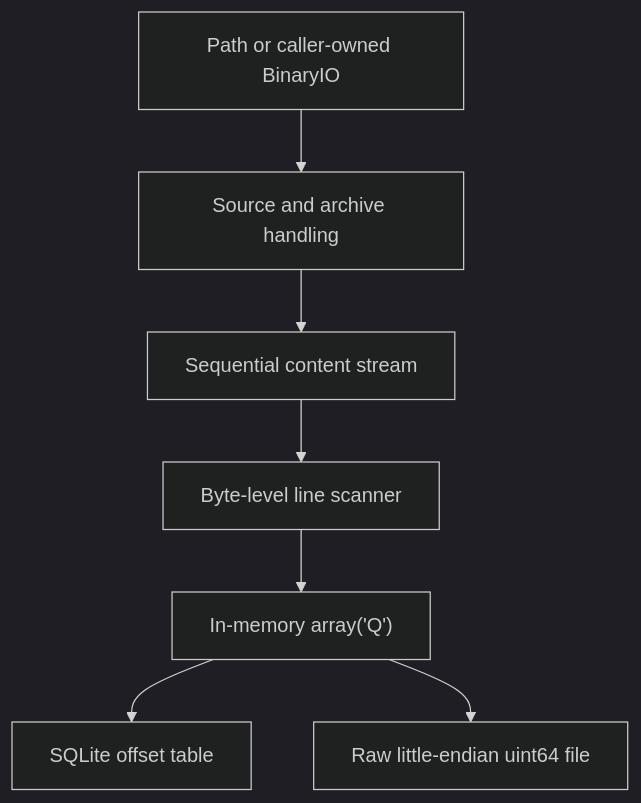
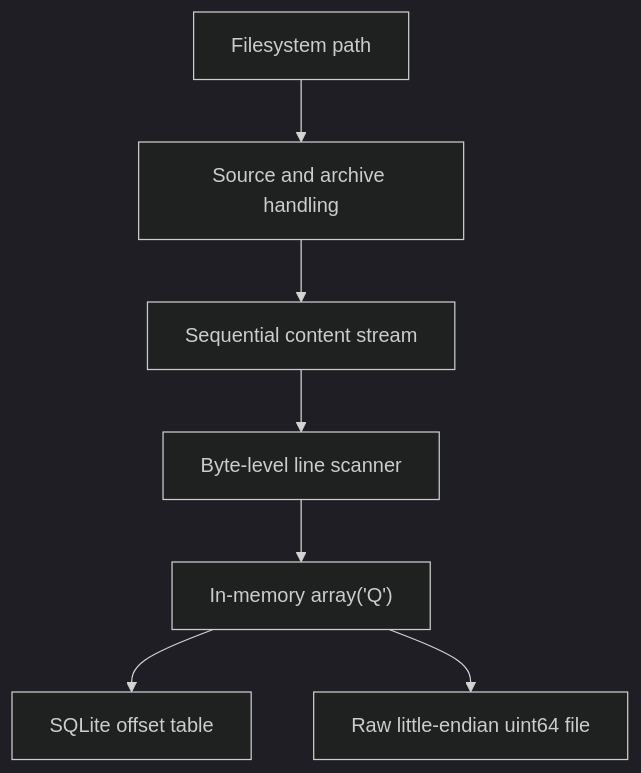
One commit to pchemguy/Archive-Line-Index changed the diagram in docs/architecture.md. Above: the diagram before and after it, drawn with Mermaid (dark theme). The commit also changed other lines of this file and 34 other files, not shown here.

````diff
--- a/docs/architecture.md
+++ b/docs/architecture.md
@@ -16,9 +16,9 @@
 ```mermaid
 flowchart TD
-    A["Path or caller-owned BinaryIO"] --> B["Source and archive handling"]
+    A["Filesystem path"] --> B["Source and archive handling"]
     B --> C["Sequential content stream"]
     C --> D["Byte-level line scanner"]
     D --> E["In-memory array('Q')"]
     E --> F["SQLite offset table"]
     E --> G["Raw little-endian uint64 file"]
 ```
````
